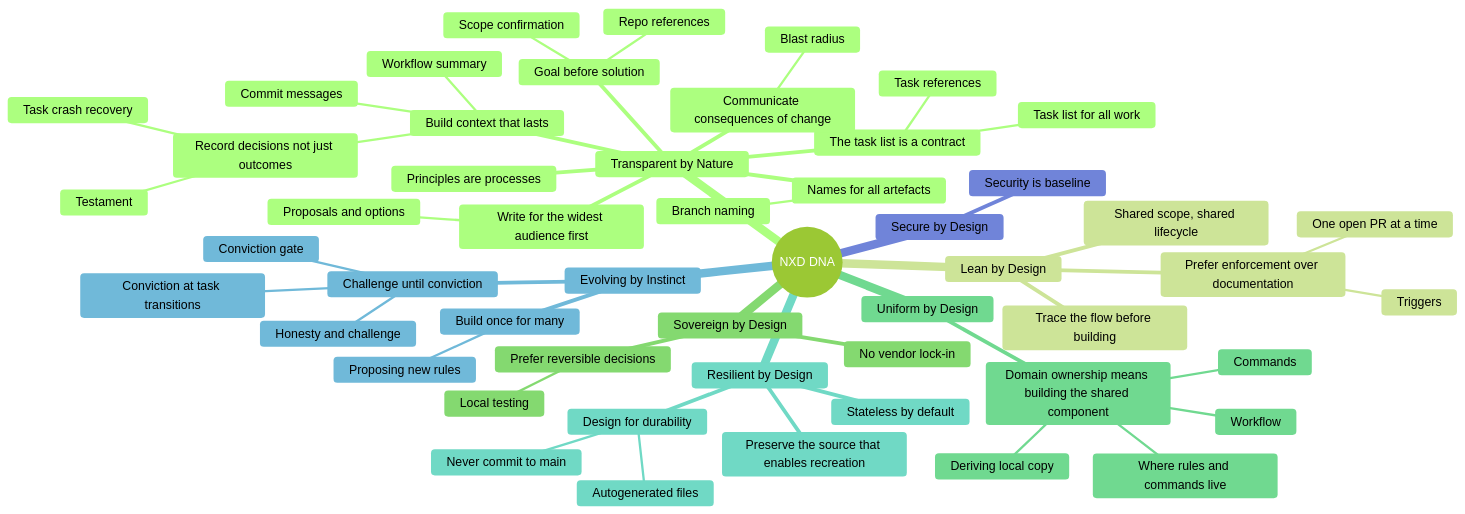
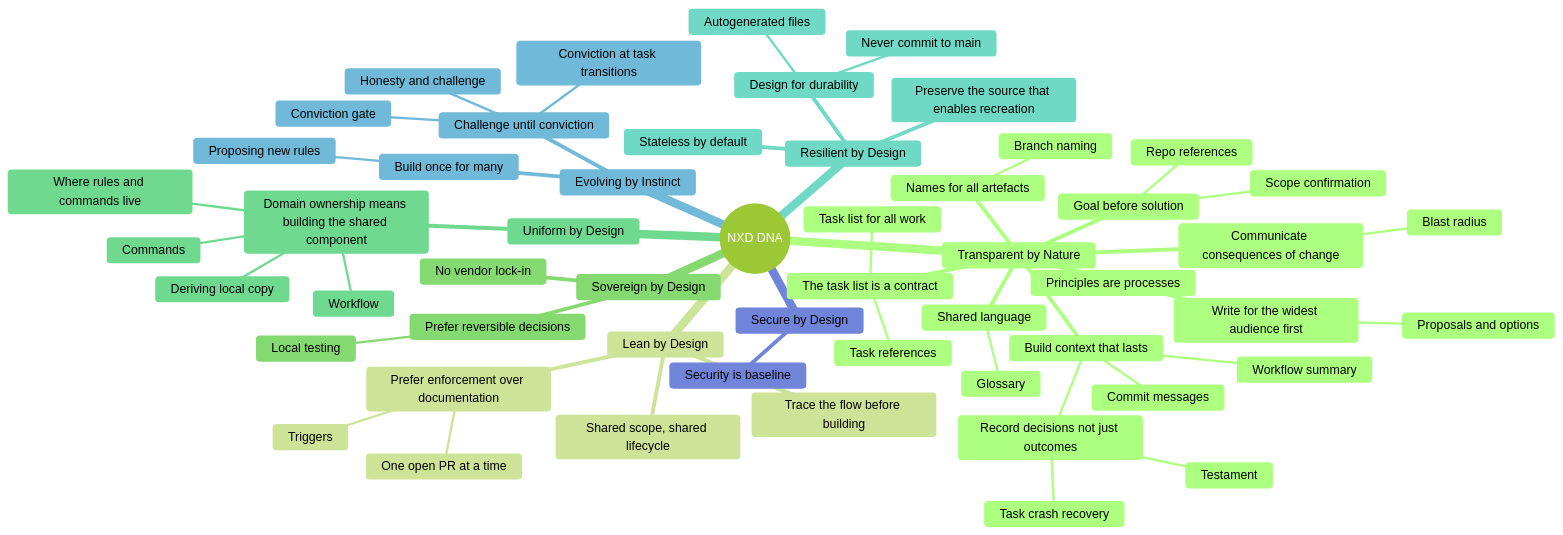
Before and after one commit to NXD-Solutions/.github: the diagram in dna-diagram-test.md, drawn with Mermaid (forest theme). The commit also changed 14 other files, not shown here.

````diff
--- a/dna-diagram-test.md
+++ b/dna-diagram-test.md
@@ -3,55 +3,57 @@
 ```mermaid
 mindmap
   root((NXD DNA))
     Transparent by Nature
       Principles are processes
       Goal before solution
         Scope confirmation
         Repo references
       Build context that lasts
         Commit messages
         Workflow summary
         Record decisions not just outcomes
           Task crash recovery
           Testament
       The task list is a contract
         Task list for all work
         Task references
       Communicate consequences of change
         Blast radius
       Names for all artefacts
         Branch naming
       Write for the widest audience first
         Proposals and options
+      Shared language
+        Glossary
     Lean by Design
       Shared scope, shared lifecycle
       Prefer enforcement over documentation
         Triggers
         One open PR at a time
       Trace the flow before building
     Sovereign by Design
       No vendor lock-in
       Prefer reversible decisions
         Local testing
     Uniform by Design
       Domain ownership means building the shared component
         Where rules and commands live
         Workflow
         Deriving local copy
         Commands
     Resilient by Design
       Preserve the source that enables recreation
       Design for durability
         Never commit to main
         Autogenerated files
       Stateless by default
     Evolving by Instinct
       Challenge until conviction
         Honesty and challenge
         Conviction gate
         Conviction at task transitions
       Build once for many
         Proposing new rules
     Secure by Design
       Security is baseline
 ```
````
